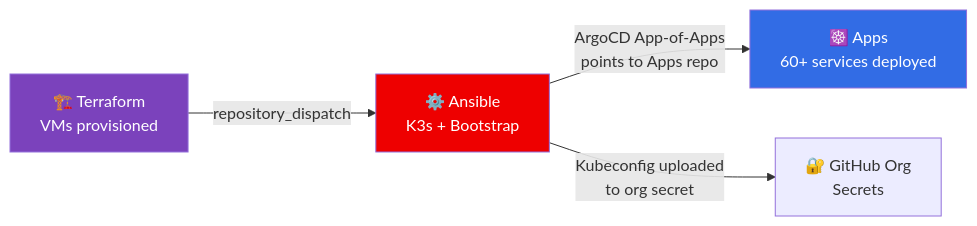
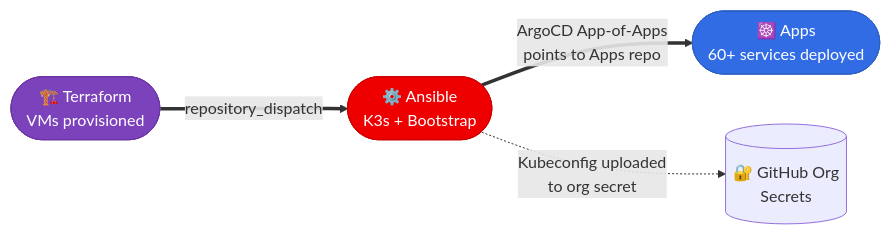
One commit to Starktastic-Homelab/ansible changed the fourth of 4 diagrams in README.md. Above: the diagram before and after it, drawn with Mermaid. The commit also changed other lines of this file, not shown here.

Commit message:
docs: prettify Mermaid diagrams with semantic shapes and visual hierarchy

````diff
--- a/README.md
+++ b/README.md
@@ -254,10 +262,13 @@
 ```mermaid
 flowchart LR
-    TF["🏗️ Terraform\nVMs provisioned"] -->|repository_dispatch| AN["⚙️ Ansible\nK3s + Bootstrap"]
-    AN -->|"ArgoCD App-of-Apps\npoints to Apps repo"| APPS["☸️ Apps\n60+ services deployed"]
-    AN -->|"Kubeconfig uploaded\nto org secret"| GH["🔐 GitHub Org\nSecrets"]
+    TF(["🏗️ Terraform\nVMs provisioned"]) ==>|repository_dispatch| AN(["⚙️ Ansible\nK3s + Bootstrap"])
+    AN ==>|"ArgoCD App-of-Apps\npoints to Apps repo"| APPS(["☸️ Apps\n60+ services deployed"])
+    AN -.->|"Kubeconfig uploaded\nto org secret"| GH[(🔐 GitHub Org\nSecrets)]
 
-    style TF fill:#7B42BC,color:#fff
-    style AN fill:#EE0000,color:#fff
-    style APPS fill:#326CE5,color:#fff
+    classDef terraform fill:#7B42BC,stroke:#6A35A3,color:#fff
+    classDef ansible fill:#EE0000,stroke:#CC0000,color:#fff
+    classDef apps fill:#326CE5,stroke:#2B5FC2,color:#fff
+    class TF terraform
+    class AN ansible
+    class APPS apps
 ```
````
